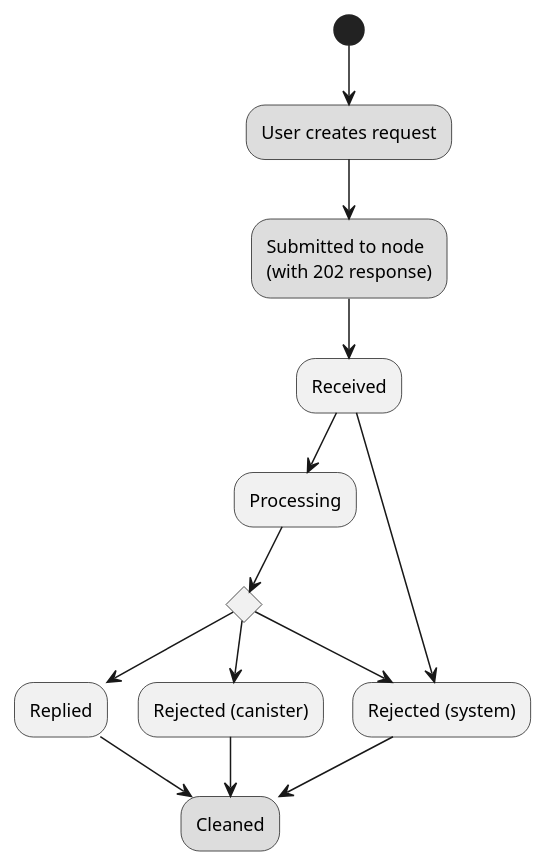
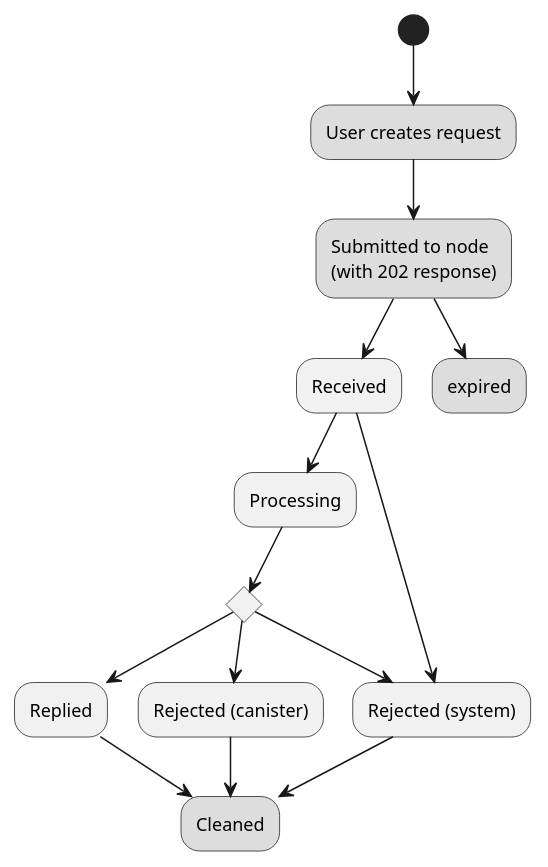
One commit to dfinity/interface-spec changed the second of 2 diagrams in spec/index.adoc. Above: the diagram before and after it, drawn with PlantUML. The commit also changed other lines of this file, not shown here.

Commit message:
Spec: Add expired box to state diagram
as suggested by @nikclayton-dfinity

Further improve text.

```diff
--- a/spec/index.adoc
+++ b/spec/index.adoc
@@ -210,18 +210,20 @@
 [plantuml]
 ....
 (*) --> "User creates request" #DDDDDD
-   --> "Submitted to node\n(with 202 response)" #DDDDDD
+   --> "Submitted to node\n(with 202 response)" as submit #DDDDDD
    --> "Received"
    --> "Processing"
 if "" as X then
   --> "Replied"
   --> "Cleaned" #DDDDDD
   else
   --> "Rejected (canister)"
   --> "Cleaned" #DDDDDD
 
   "X"        --> "Rejected (system)"
   "Received" --> "Rejected (system)"
              --> "Cleaned" #DDDDDD
+
+  "submit" --> "expired" #DDDDDD
 endif
 ....
```
